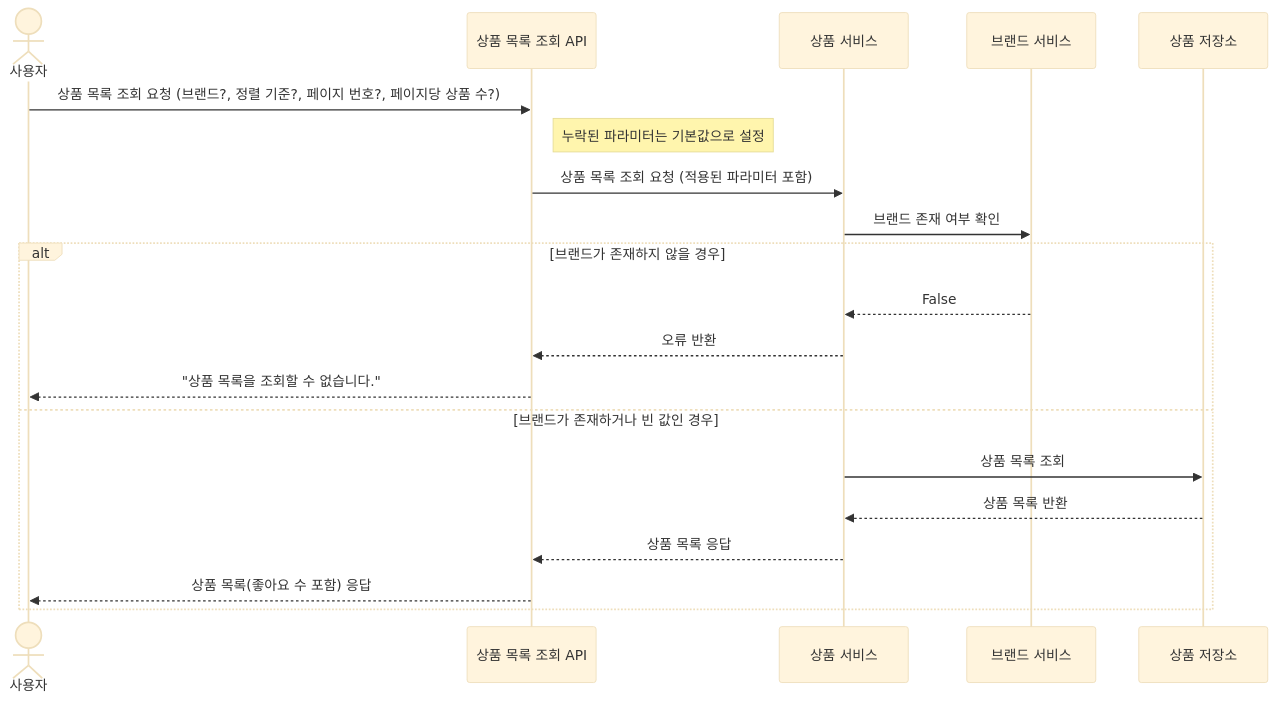
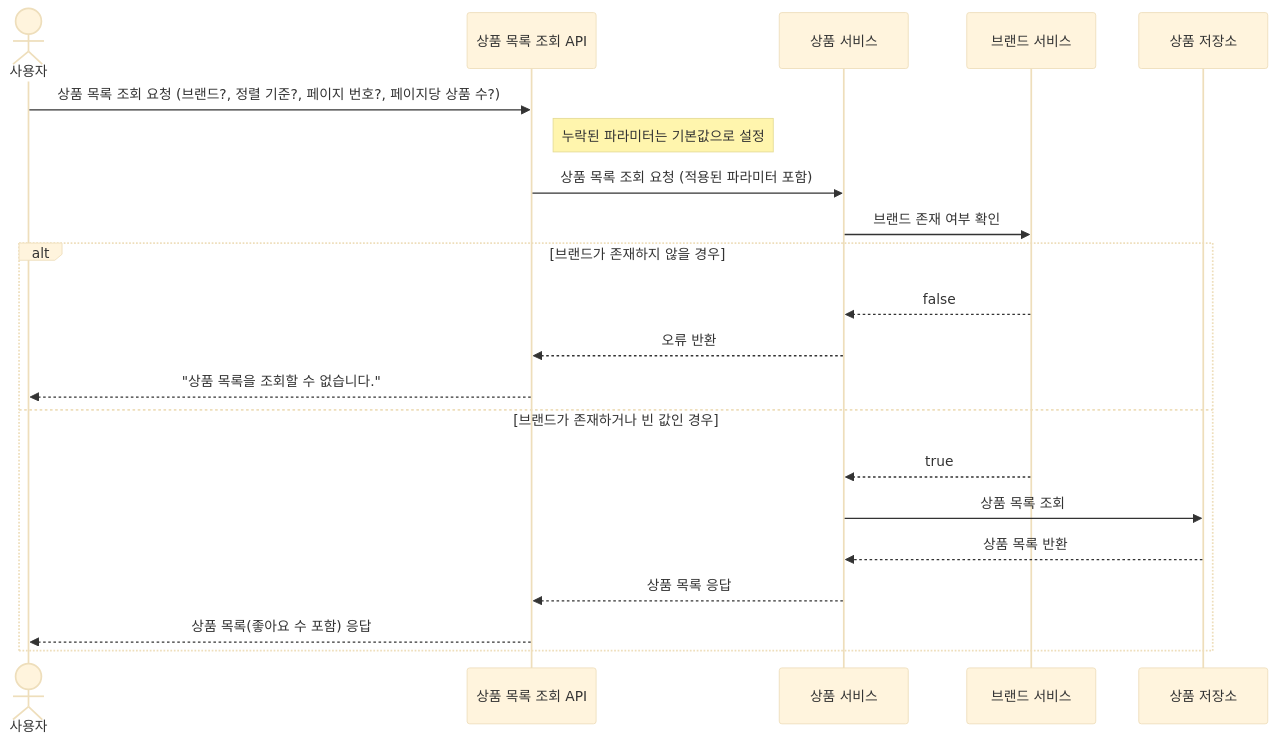
The first of 6 diagrams in docs/design/02-sequence-diagrams.md (kodonghee/loopers-e-commerce), drawn with Mermaid (base theme) before and after one commit. The commit also changed other lines of this file and 1 other file, not shown here.

Commit message:
feat: 시퀀스 다이어그램 - 좋아요 관련 작성

````diff
--- a/docs/design/02-sequence-diagrams.md
+++ b/docs/design/02-sequence-diagrams.md
@@ -3,25 +3,26 @@
 ```mermaid
 sequenceDiagram
     actor 사용자
     participant 상품 목록 조회 API
     participant 상품 서비스
     participant 브랜드 서비스
     participant 상품 저장소
 
     사용자->>상품 목록 조회 API: 상품 목록 조회 요청 (브랜드?, 정렬 기준?, 페이지 번호?, 페이지당 상품 수?)
     Note right of 상품 목록 조회 API: 누락된 파라미터는 기본값으로 설정
 
     상품 목록 조회 API->>상품 서비스: 상품 목록 조회 요청 (적용된 파라미터 포함)
 
     상품 서비스->>브랜드 서비스: 브랜드 존재 여부 확인
     alt 브랜드가 존재하지 않을 경우
-        브랜드 서비스-->>상품 서비스: False
+        브랜드 서비스-->>상품 서비스: false
         상품 서비스-->>상품 목록 조회 API: 오류 반환
         상품 목록 조회 API-->>사용자: "상품 목록을 조회할 수 없습니다."
     else 브랜드가 존재하거나 빈 값인 경우
+        브랜드 서비스-->>상품 서비스: true
         상품 서비스->>상품 저장소: 상품 목록 조회
         상품 저장소-->>상품 서비스: 상품 목록 반환
         상품 서비스-->>상품 목록 조회 API: 상품 목록 응답
         상품 목록 조회 API-->>사용자: 상품 목록(좋아요 수 포함) 응답
     end
 ```
````
